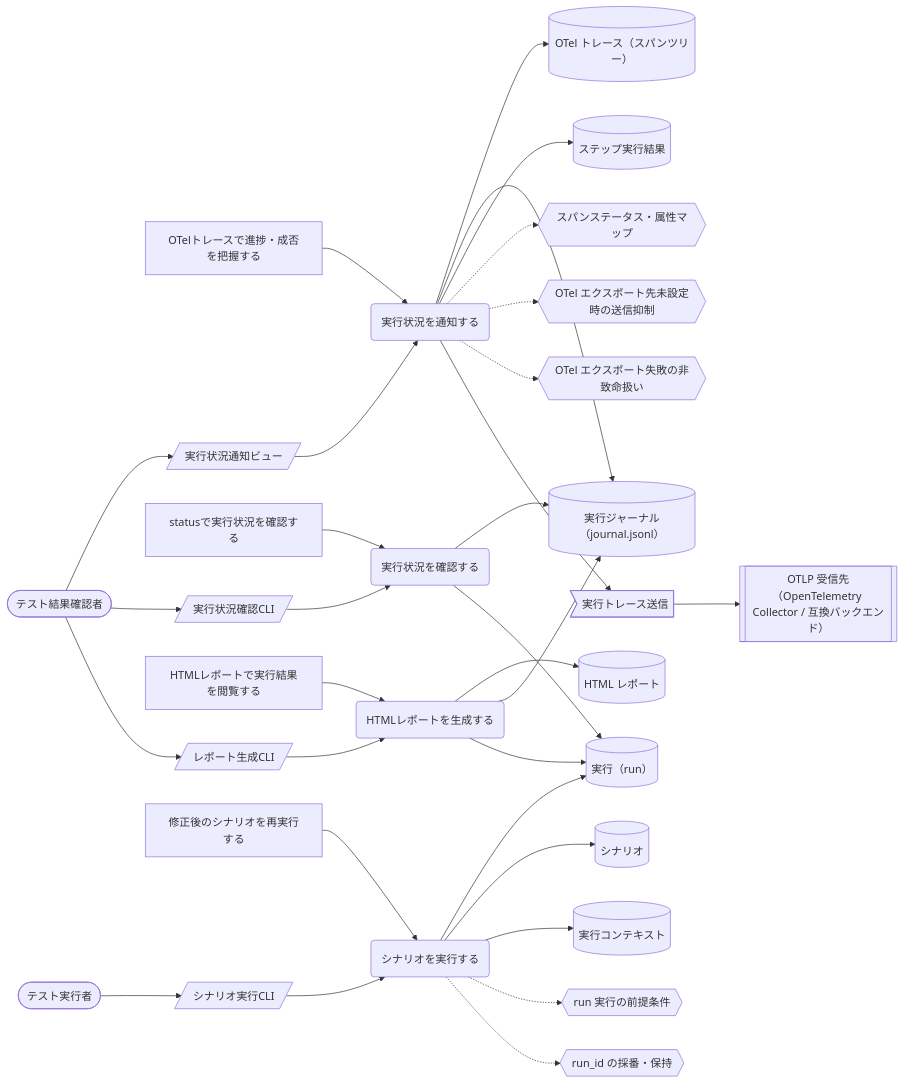
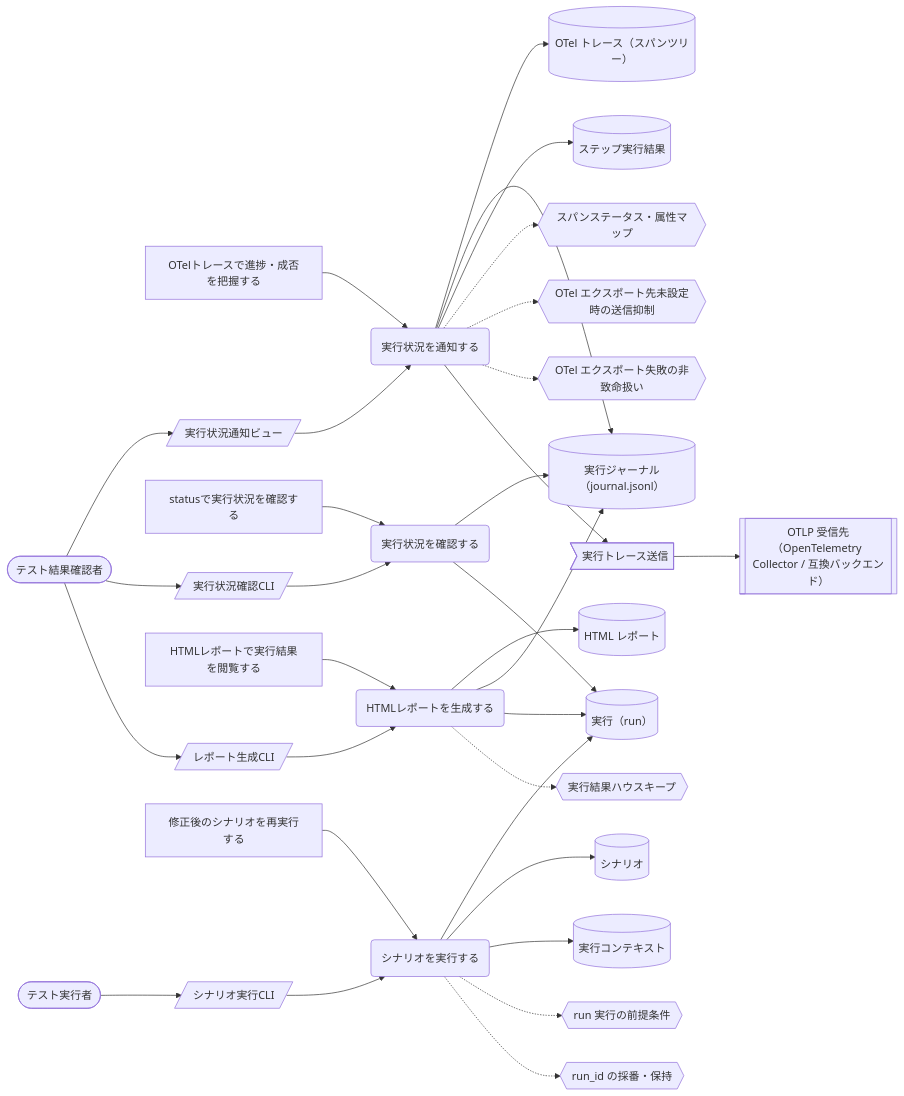
Before and after one commit to scenario-test-framework/stfw: the seventh of 7 diagrams in docs/rdra/latest/views/04_UC複合図.md, drawn with Mermaid. The commit also changed other lines of this file and 24 other files, not shown here.

````diff
--- a/docs/rdra/latest/views/04_UC複合図.md
+++ b/docs/rdra/latest/views/04_UC複合図.md
@@ -346,61 +363,63 @@
 ```mermaid
 graph LR
   UC1("実行状況を通知する")
   AT1["OTelトレースで進捗・成否を把握する"]
   IF1[("OTel トレース（スパンツリー）")]
   IF2[("実行ジャーナル（journal.jsonl）")]
   IF3[("ステップ実行結果")]
   CD1{{"スパンステータス・属性マップ"}}
   CD2{{"OTel エクスポート先未設定時の送信抑制"}}
   CD3{{"OTel エクスポート失敗の非致命扱い"}}
   SC1[/"実行状況通知ビュー"/]
   AC1(["テスト結果確認者"])
   EV1>"実行トレース送信"]
   EX1[["OTLP 受信先（OpenTelemetry Collector / 互換バックエンド）"]]
   UC2("実行状況を確認する")
   AT2["statusで実行状況を確認する"]
   IF4[("実行（run）")]
   SC2[/"実行状況確認CLI"/]
   UC3("HTMLレポートを生成する")
   AT3["HTMLレポートで実行結果を閲覧する"]
   IF5[("HTML レポート")]
   SC3[/"レポート生成CLI"/]
+  CD4{{"実行結果ハウスキープ"}}
   UC4("シナリオを実行する")
   AT4["修正後のシナリオを再実行する"]
   IF6[("シナリオ")]
   IF7[("実行コンテキスト")]
-  CD4{{"run 実行の前提条件"}}
-  CD5{{"run_id の採番・保持"}}
+  CD5{{"run 実行の前提条件"}}
+  CD6{{"run_id の採番・保持"}}
   SC4[/"シナリオ実行CLI"/]
   AC2(["テスト実行者"])
   AT1 --> UC1
   UC1 --> IF1
   UC1 --> IF2
   UC1 --> IF3
   UC1 -.-> CD1
   UC1 -.-> CD2
   UC1 -.-> CD3
   AC1 --> SC1
   SC1 --> UC1
   UC1 --> EV1
   EV1 --> EX1
   AT2 --> UC2
   UC2 --> IF2
   UC2 --> IF4
   AC1 --> SC2
   SC2 --> UC2
   AT3 --> UC3
   UC3 --> IF5
   UC3 --> IF2
   UC3 --> IF4
   AC1 --> SC3
   SC3 --> UC3
+  UC3 -.-> CD4
   AT4 --> UC4
   UC4 --> IF4
   UC4 --> IF6
   UC4 --> IF7
-  UC4 -.-> CD4
   UC4 -.-> CD5
+  UC4 -.-> CD6
   AC2 --> SC4
   SC4 --> UC4
 ```
````
